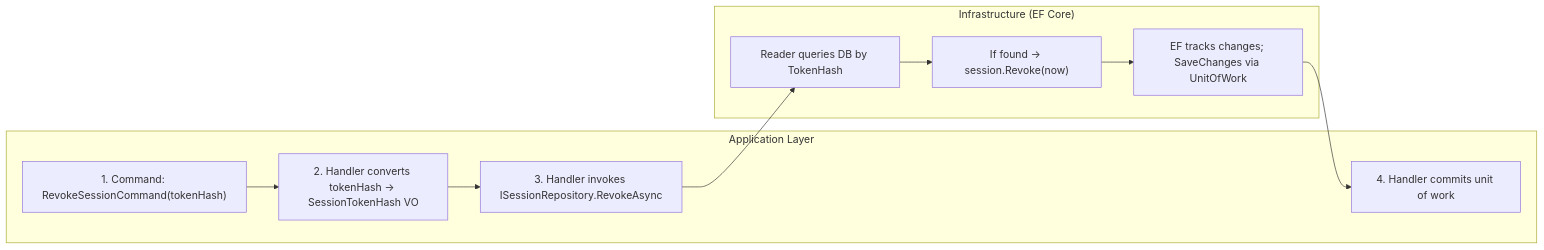
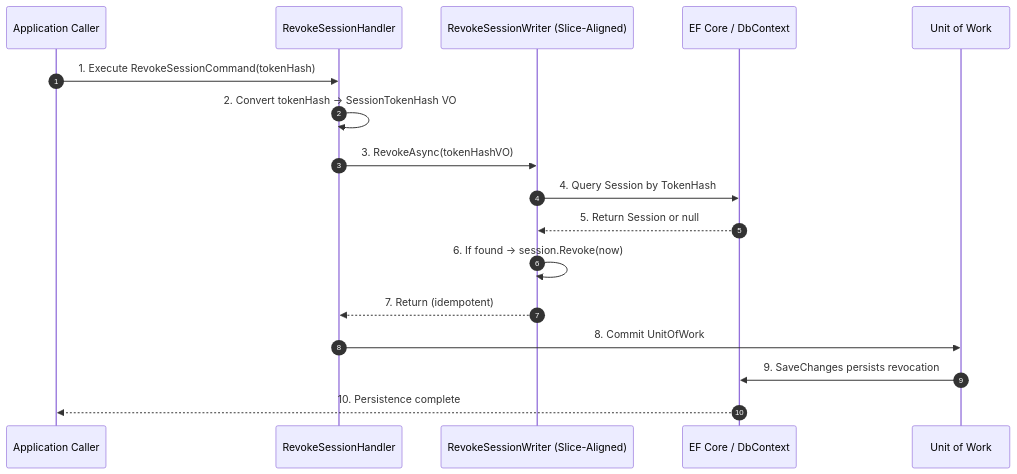
One commit to FrankJHughes/camp-fit-fur-dogs changed the diagram in docs/Frank/Identity/guides/developer/sessions/revoke-session/README.md. Above: the diagram before and after it, drawn with Mermaid. The commit also changed other lines of this file and 20 other files, not shown here.

Commit message:
document: use sequence instead of swimlane diagrams and add the top level developer guide for frank identity

````diff
--- a/docs/Frank/Identity/guides/developer/sessions/revoke-session/README.md
+++ b/docs/Frank/Identity/guides/developer/sessions/revoke-session/README.md
@@ -18,19 +18,25 @@
 ```mermaid
-flowchart LR
-    %% Lanes
-    subgraph APP["Application Layer"]
-        A1["1. Command: RevokeSessionCommand(tokenHash)"]
-        A2["2. Handler converts tokenHash → SessionTokenHash VO"]
-        A3["3. Handler invokes ISessionRepository.RevokeAsync"]
-        A4["4. Handler commits unit of work"]
-    end
+sequenceDiagram
+    autonumber
 
-    subgraph INFRA["Infrastructure (EF Core)"]
-        I1["Reader queries DB by TokenHash"]
-        I2["If found → session.Revoke(now)"]
-        I3["EF tracks changes; SaveChanges via UnitOfWork"]
-    end
+    participant CALLER as Application Caller
+    participant HANDLER as RevokeSessionHandler
+    participant WRITER as RevokeSessionWriter (Slice-Aligned)
+    participant EF as EF Core / DbContext
+    participant UOW as Unit of Work
 
-    %% Flow
-    A1 --> A2 --> A3 --> I1 --> I2 --> I3 --> A4
+    CALLER->>HANDLER: 1. Execute RevokeSessionCommand(tokenHash)
+
+    HANDLER->>HANDLER: 2. Convert tokenHash → SessionTokenHash VO
+
+    HANDLER->>WRITER: 3. RevokeAsync(tokenHashVO)
+    WRITER->>EF: 4. Query Session by TokenHash
+    EF-->>WRITER: 5. Return Session or null
+
+    WRITER->>WRITER: 6. If found → session.Revoke(now)
+    WRITER-->>HANDLER: 7. Return (idempotent)
+
+    HANDLER->>UOW: 8. Commit UnitOfWork
+    UOW->>EF: 9. SaveChanges persists revocation
+    EF-->>CALLER: 10. Persistence complete
 ```
````
